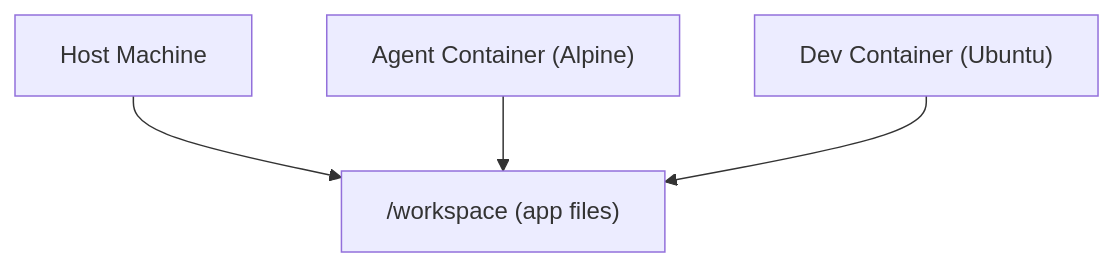
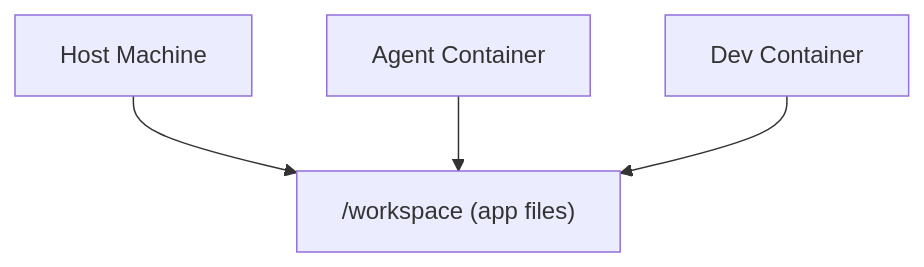
Before and after one commit to MixTapeSoftware/agent_incus: the diagram in README.md, drawn with Mermaid. The commit also changed other lines of this file and 1 other file, not shown here.

First line of the commit message:
drop Alpine support, Ubuntu-only; add local image publishing

````diff
--- a/README.md
+++ b/README.md
@@ -104,7 +105,7 @@
 ```mermaid
 graph TB
     W["/workspace (app files)"]
     H["Host Machine"] --> W
-    A["Agent Container (Alpine)"] --> W
-    D["Dev Container (Ubuntu)"] --> W
+    A["Agent Container"] --> W
+    D["Dev Container"] --> W
 ```
````
